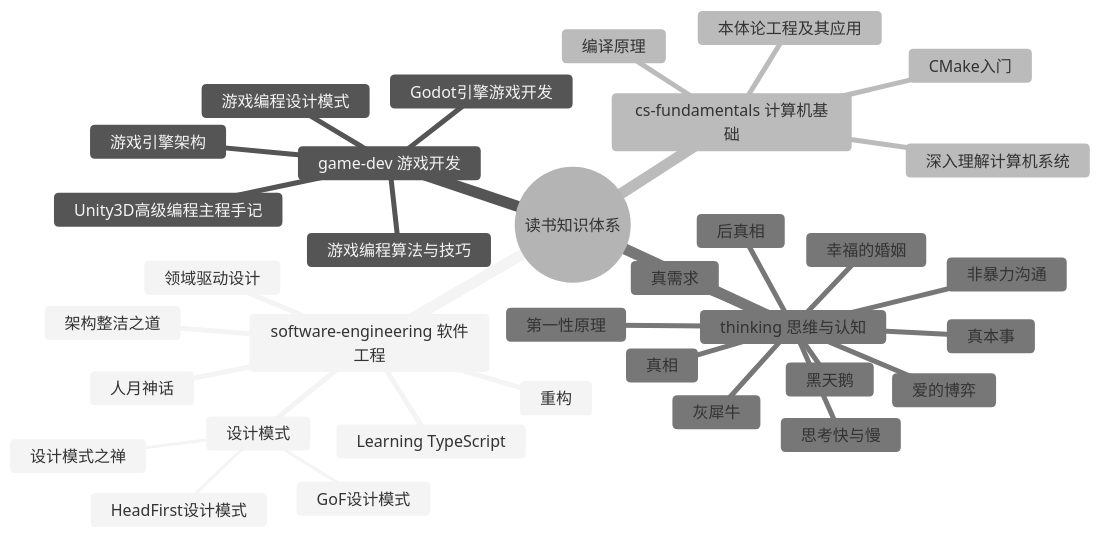
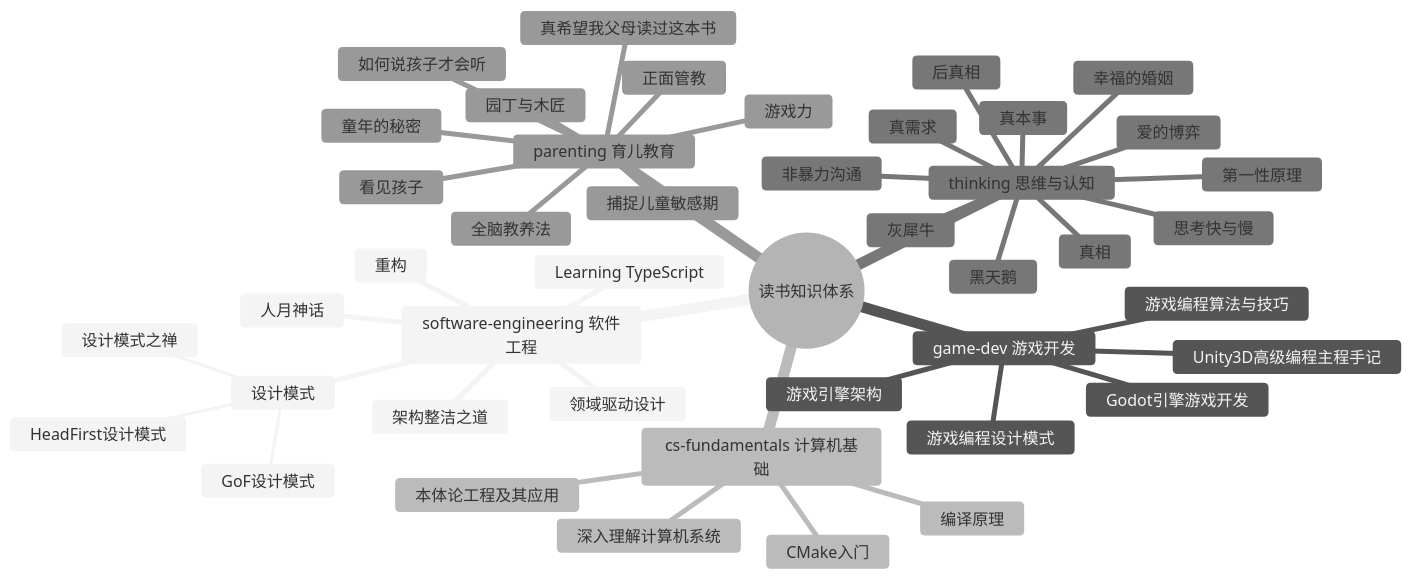
One commit to hongyesuifeng/readbooks changed the first of 2 diagrams in books/知识关联图谱.md. Above: the diagram before and after it, drawn with Mermaid (neutral theme). The commit also changed other lines of this file and 9 other files, not shown here.

````diff
--- a/books/知识关联图谱.md
+++ b/books/知识关联图谱.md
@@ -9,37 +9,47 @@
 ```mermaid
 mindmap
   root((读书知识体系))
     software-engineering 软件工程
       设计模式
         GoF设计模式
         HeadFirst设计模式
         设计模式之禅
       重构
       架构整洁之道
       领域驱动设计
       人月神话
       Learning TypeScript
     game-dev 游戏开发
       游戏引擎架构
       游戏编程设计模式
       游戏编程算法与技巧
       Godot引擎游戏开发
       Unity3D高级编程主程手记
     cs-fundamentals 计算机基础
       编译原理
       深入理解计算机系统
       本体论工程及其应用
       CMake入门
     thinking 思维与认知
       第一性原理
       思考快与慢
       真本事
       非暴力沟通
       真需求
       黑天鹅
       灰犀牛
       真相
       后真相
       爱的博弈
       幸福的婚姻
+    parenting 育儿教育
+      捕捉儿童敏感期
+      正面管教
+      如何说孩子才会听
+      真希望我父母读过这本书
+      游戏力
+      看见孩子
+      童年的秘密
+      园丁与木匠
+      全脑教养法
 ```
````
